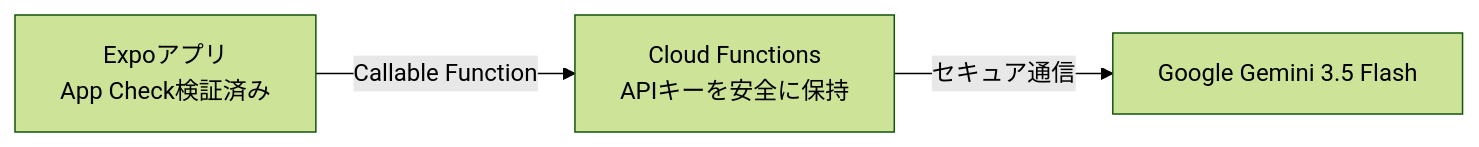
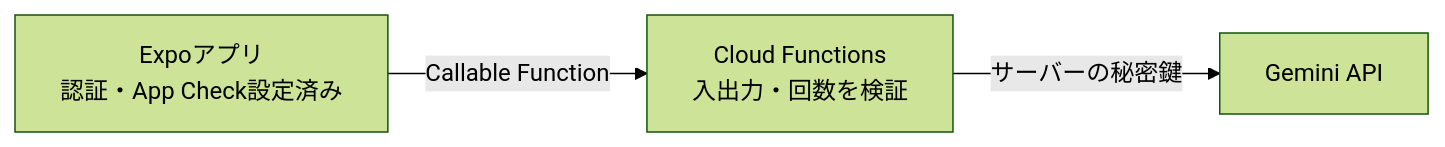
The diagram in googja/src/content/docs/advanced/03.md (sangraal123/sangraal123), drawn with Mermaid (forest theme) before and after one commit. The commit also changed other lines of this file and 36 other files, not shown here.

````diff
--- a/googja/src/content/docs/advanced/03.md
+++ b/googja/src/content/docs/advanced/03.md
@@ -73,5 +80,5 @@
 ```mermaid
 flowchart LR
-    App["Expoアプリ<br/>App Check検証済み"] -->|Callable Function| BFF["Cloud Functions<br/>APIキーを安全に保持"]
-    BFF -->|セキュア通信| Gemini["Google Gemini 3.5 Flash"]
+    App["Expoアプリ<br/>認証・App Check設定済み"] -->|Callable Function| BFF["Cloud Functions<br/>入出力・回数を検証"]
+    BFF -->|サーバーの秘密鍵| Gemini["Gemini API"]
 ```
````
